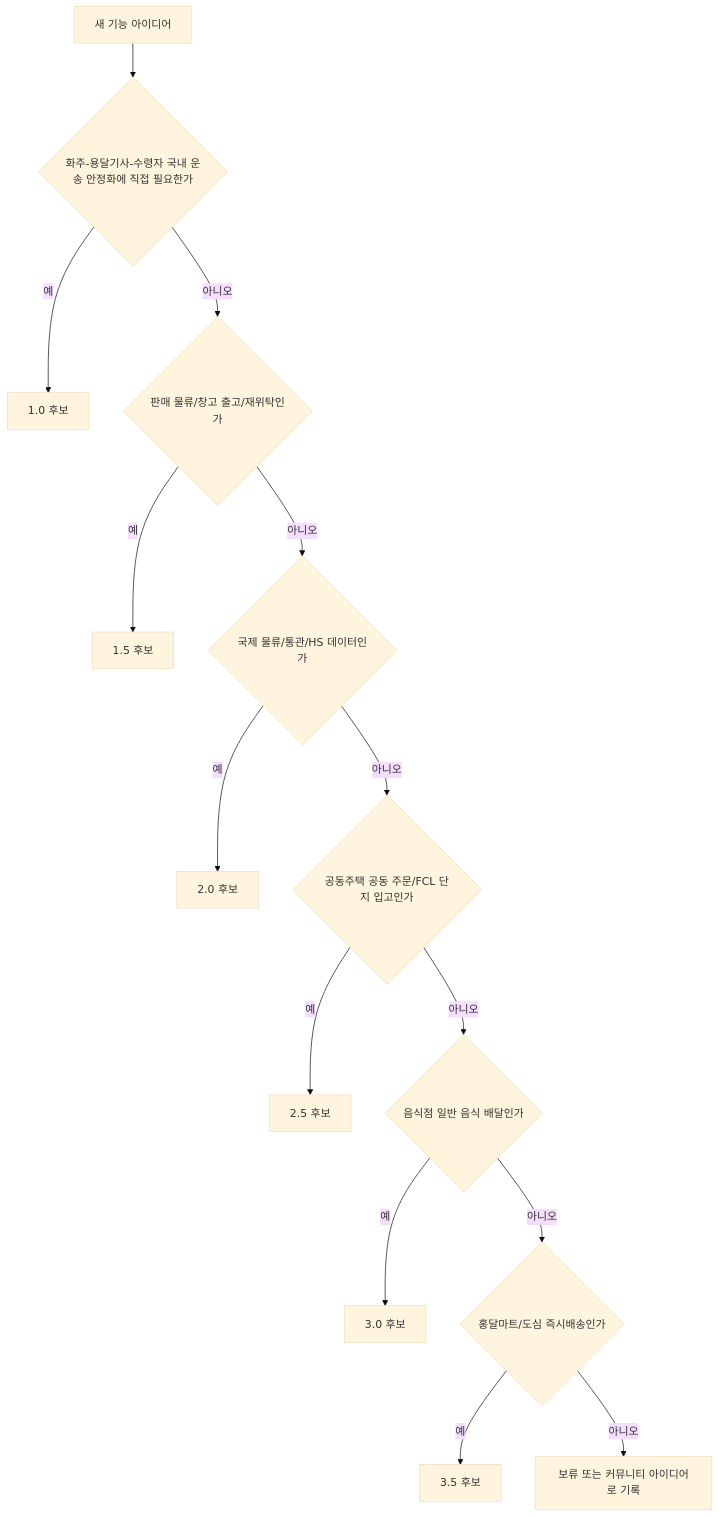
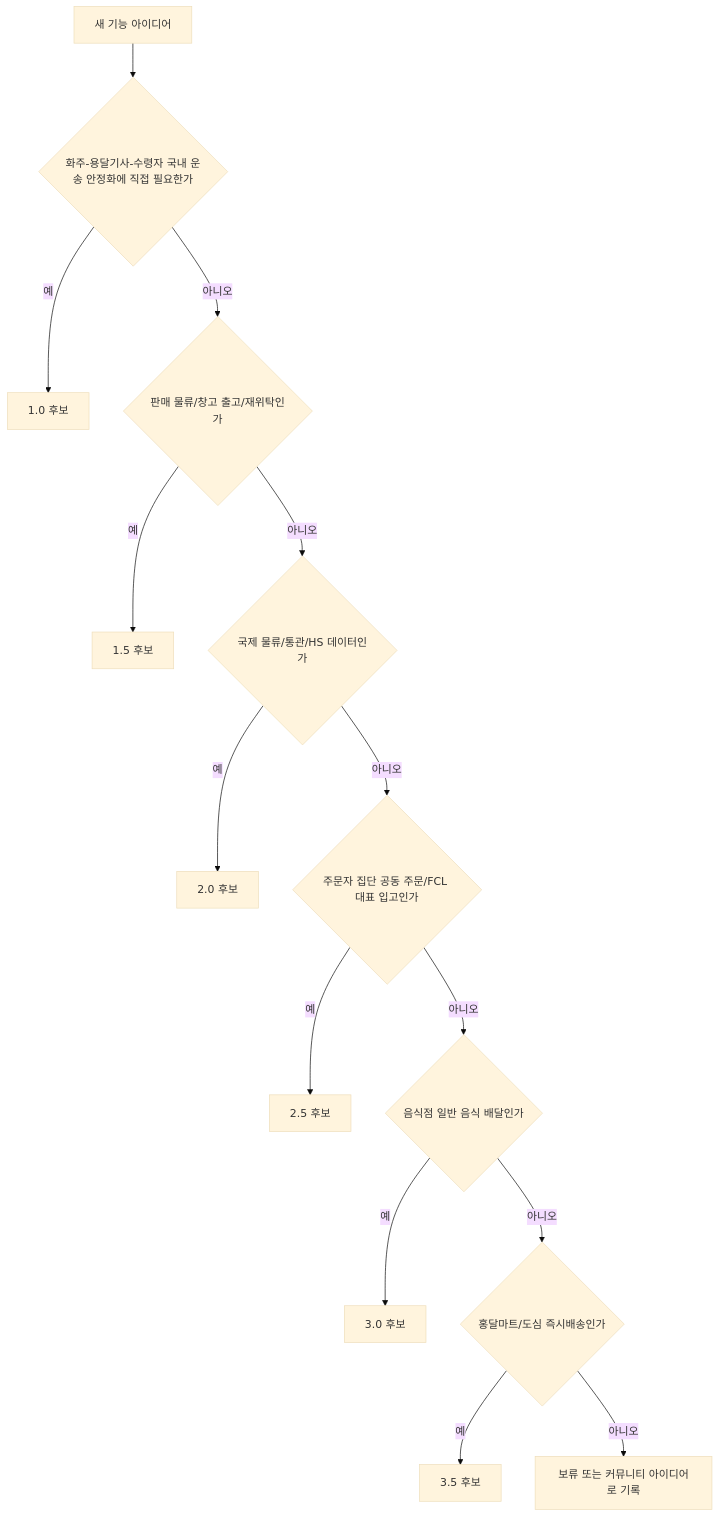
The second of 2 diagrams in docs/ProjectOverview/version-roadmap.md (cheolwo/hongdal), drawn with Mermaid (base theme) before and after one commit. The commit also changed other lines of this file and 56 other files, not shown here.

First line of the commit message:
Add platform roadmap and ISMS-P protection foundations

````diff
--- a/docs/ProjectOverview/version-roadmap.md
+++ b/docs/ProjectOverview/version-roadmap.md
@@ -43,16 +43,16 @@
 ```mermaid
 flowchart TD
     A["새 기능 아이디어"] --> B{"화주-용달기사-수령자 국내 운송 안정화에 직접 필요한가"}
     B -->|예| C["1.0 후보"]
     B -->|아니오| F{"판매 물류/창고 출고/재위탁인가"}
     F -->|예| G["1.5 후보"]
     F -->|아니오| D{"국제 물류/통관/HS 데이터인가"}
     D -->|예| E["2.0 후보"]
-    D -->|아니오| O{"공동주택 공동 주문/FCL 단지 입고인가"}
+    D -->|아니오| O{"주문자 집단 공동 주문/FCL 대표 입고인가"}
     O -->|예| P["2.5 후보"]
     O -->|아니오| H{"음식점 일반 음식 배달인가"}
     H -->|예| L["3.0 후보"]
     H -->|아니오| R{"홍달마트/도심 즉시배송인가"}
     R -->|예| S["3.5 후보"]
     R -->|아니오| M["보류 또는 커뮤니티 아이디어로 기록"]
 ```
````
